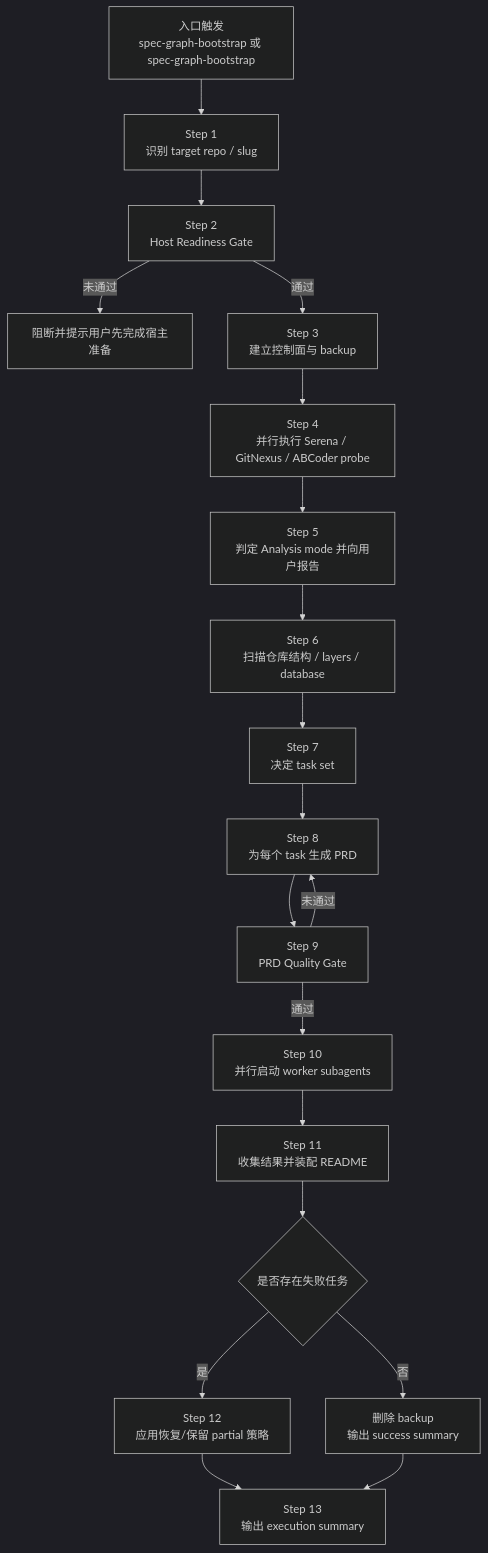
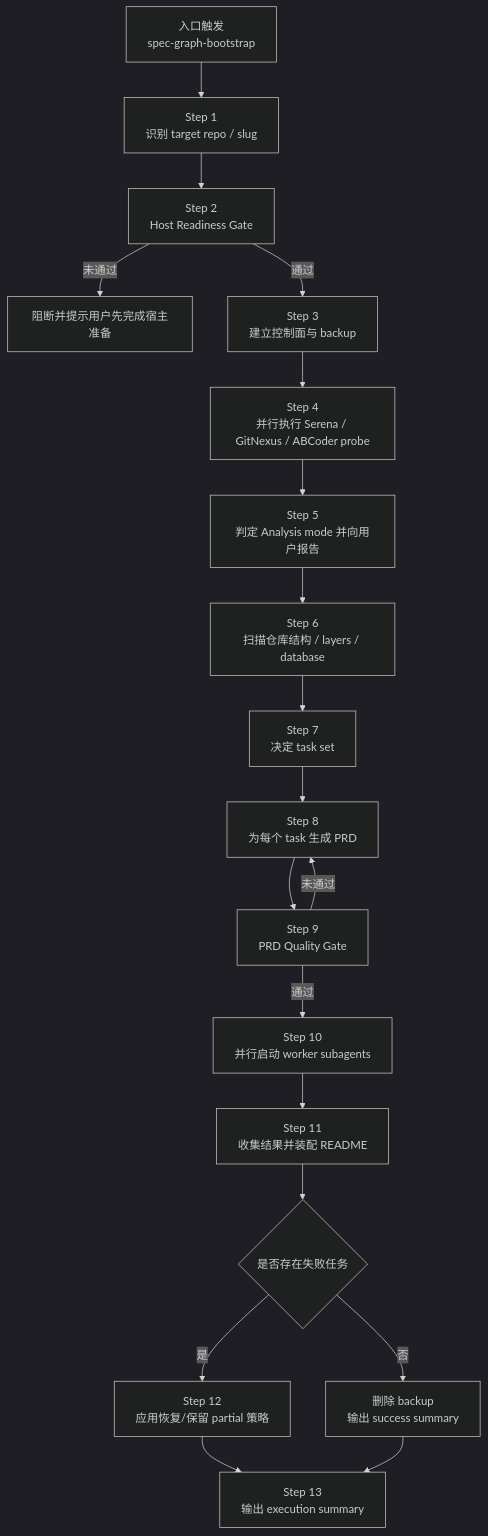
The diagram in docs/01-需求分析/07.project-knowledge/cc-codex-spec-graph-bootstrap-skill-分析.md (leo-kuang-ai/spec-first), drawn with Mermaid (dark theme) before and after one commit. The commit also changed 106 other files, not shown here.

````diff
--- a/docs/01-需求分析/07.project-knowledge/cc-codex-spec-graph-bootstrap-skill-分析.md
+++ b/docs/01-需求分析/07.project-knowledge/cc-codex-spec-graph-bootstrap-skill-分析.md
@@ -57,21 +57,21 @@
 ```mermaid
 flowchart TD
-  A["入口触发<br/>spec-graph-bootstrap 或 spec-graph-bootstrap"] --> B["Step 1<br/>识别 target repo / slug"]
+  A["入口触发<br/>spec-graph-bootstrap"] --> B["Step 1<br/>识别 target repo / slug"]
   B --> C["Step 2<br/>Host Readiness Gate"]
   C -->|未通过| X["阻断并提示用户先完成宿主准备"]
   C -->|通过| D["Step 3<br/>建立控制面与 backup"]
   D --> E["Step 4<br/>并行执行 Serena / GitNexus / ABCoder probe"]
   E --> F["Step 5<br/>判定 Analysis mode 并向用户报告"]
   F --> G["Step 6<br/>扫描仓库结构 / layers / database"]
   G --> H["Step 7<br/>决定 task set"]
   H --> I["Step 8<br/>为每个 task 生成 PRD"]
   I --> J["Step 9<br/>PRD Quality Gate"]
   J -->|未通过| I
   J -->|通过| K["Step 10<br/>并行启动 worker subagents"]
   K --> L["Step 11<br/>收集结果并装配 README"]
   L --> M{"是否存在失败任务"}
   M -->|否| N["删除 backup<br/>输出 success summary"]
   M -->|是| O["Step 12<br/>应用恢复/保留 partial 策略"]
   O --> P["Step 13<br/>输出 execution summary"]
   N --> P
 ```
````
